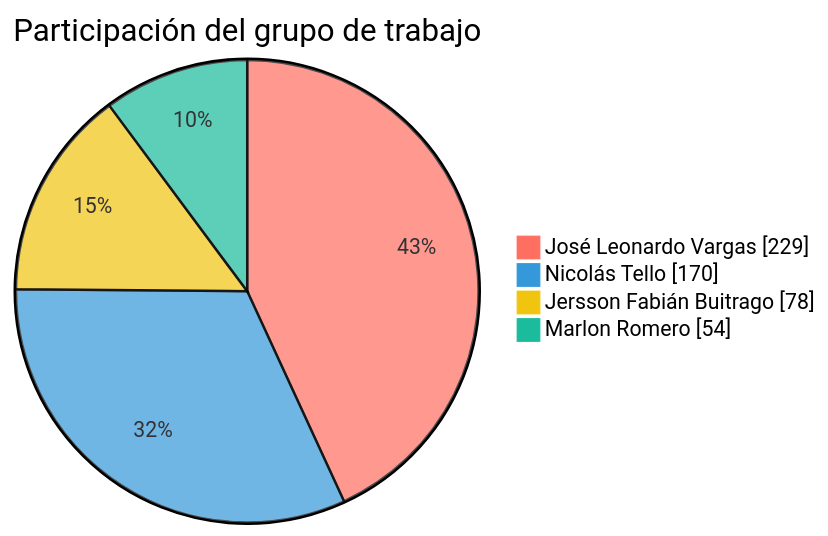
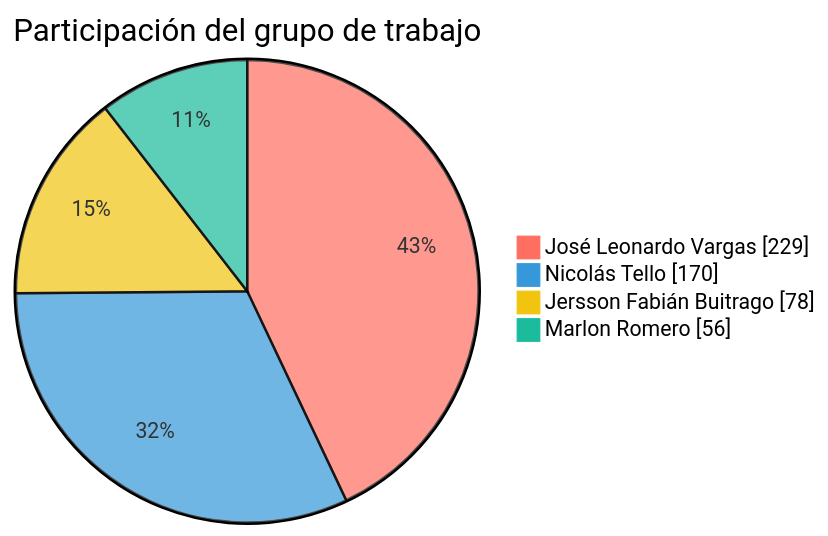
The first of 2 diagrams in README.md (FarmaExpres/FarmaExpres), drawn with Mermaid before and after one commit. The commit also changed other lines of this file and 1 other file, not shown here.

````diff
--- a/README.md
+++ b/README.md
@@ -389,9 +389,9 @@
 ```mermaid
 %%{init: {"themeVariables": {"pie1": "#ff6f61", "pie2": "#3498db", "pie3": "#f1c40f", "pie4": "#1abc9c", "pieLabelColor": "#000000", "pieLabelFontSize": "24px", "pieLabelFontWeight": "700"}}}%%
 pie showData
     title Participación del grupo de trabajo
     "José Leonardo Vargas" : 229
     "Nicolás Tello" : 170
     "Jersson Fabián Buitrago" : 78
-    "Marlon Romero" : 54
+    "Marlon Romero" : 56
 ```
````
